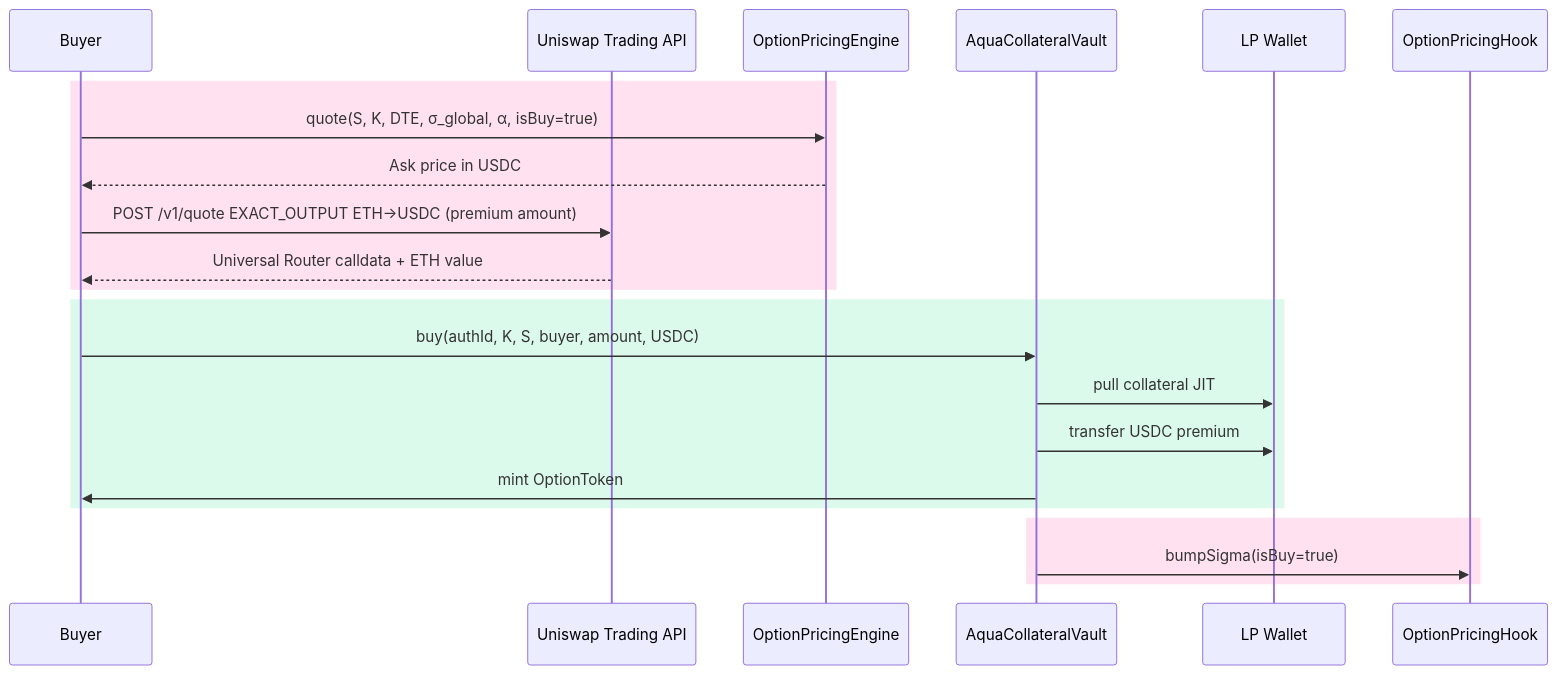
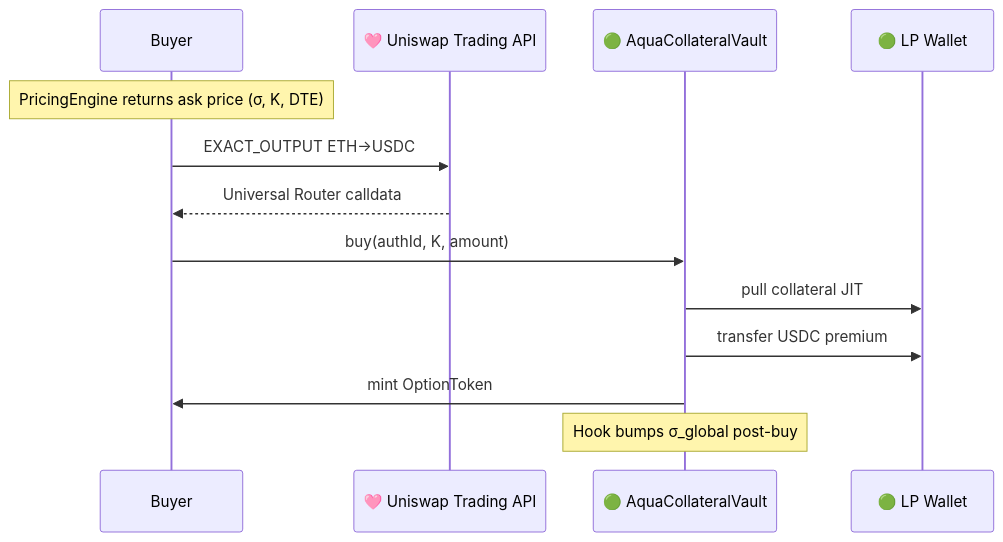
One commit to oslinin/Smile changed the third of 7 diagrams in README.md. Above: the diagram before and after it, drawn with Mermaid. The commit also changed other lines of this file and 2 other files, not shown here.

First line of the commit message:
Polish README diagrams and collateralization docs

````diff
--- a/README.md
+++ b/README.md
@@ -149,25 +157,16 @@
 ```mermaid
 sequenceDiagram
     participant Buyer
-    participant UniAPI as Uniswap Trading API
-    participant Engine as OptionPricingEngine
-    participant Vault as AquaCollateralVault
-    participant LP as LP Wallet
-    participant Hook as OptionPricingHook
+    participant UniAPI as 🩷 Uniswap Trading API
+    participant Vault as 🟢 AquaCollateralVault
+    participant LP as 🟢 LP Wallet
 
-    rect rgb(255, 225, 240)
-    Buyer->>Engine: quote(S, K, DTE, σ_global, α, isBuy=true)
-    Engine-->>Buyer: Ask price in USDC
-    Buyer->>UniAPI: POST /v1/quote EXACT_OUTPUT ETH→USDC (premium amount)
-    UniAPI-->>Buyer: Universal Router calldata + ETH value
-    end
-    rect rgb(220, 250, 235)
-    Buyer->>Vault: buy(authId, K, S, buyer, amount, USDC)
+    Note over Buyer: PricingEngine returns ask price (σ, K, DTE)
+    Buyer->>UniAPI: EXACT_OUTPUT ETH→USDC
+    UniAPI-->>Buyer: Universal Router calldata
+    Buyer->>Vault: buy(authId, K, amount)
     Vault->>LP: pull collateral JIT
     Vault->>LP: transfer USDC premium
     Vault->>Buyer: mint OptionToken
-    end
-    rect rgb(255, 225, 240)
-    Vault->>Hook: bumpSigma(isBuy=true)
-    end
+    Note over Vault: Hook bumps σ_global post-buy
 ```
````
